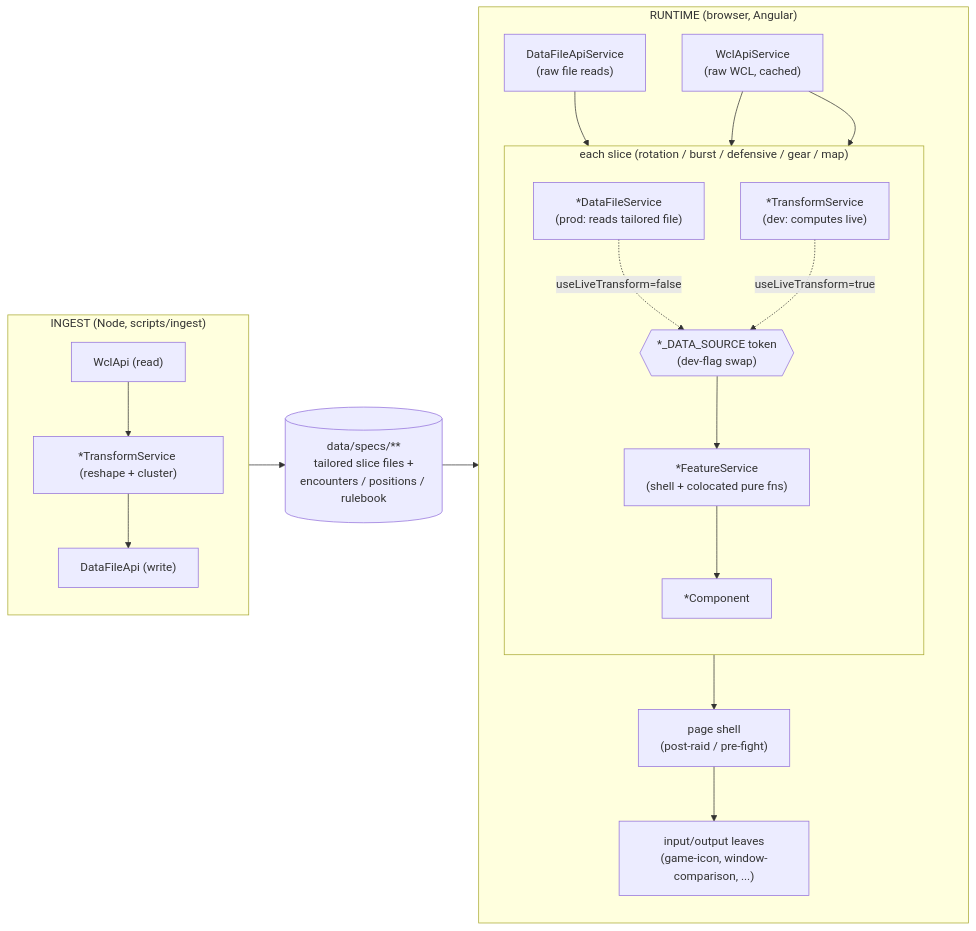
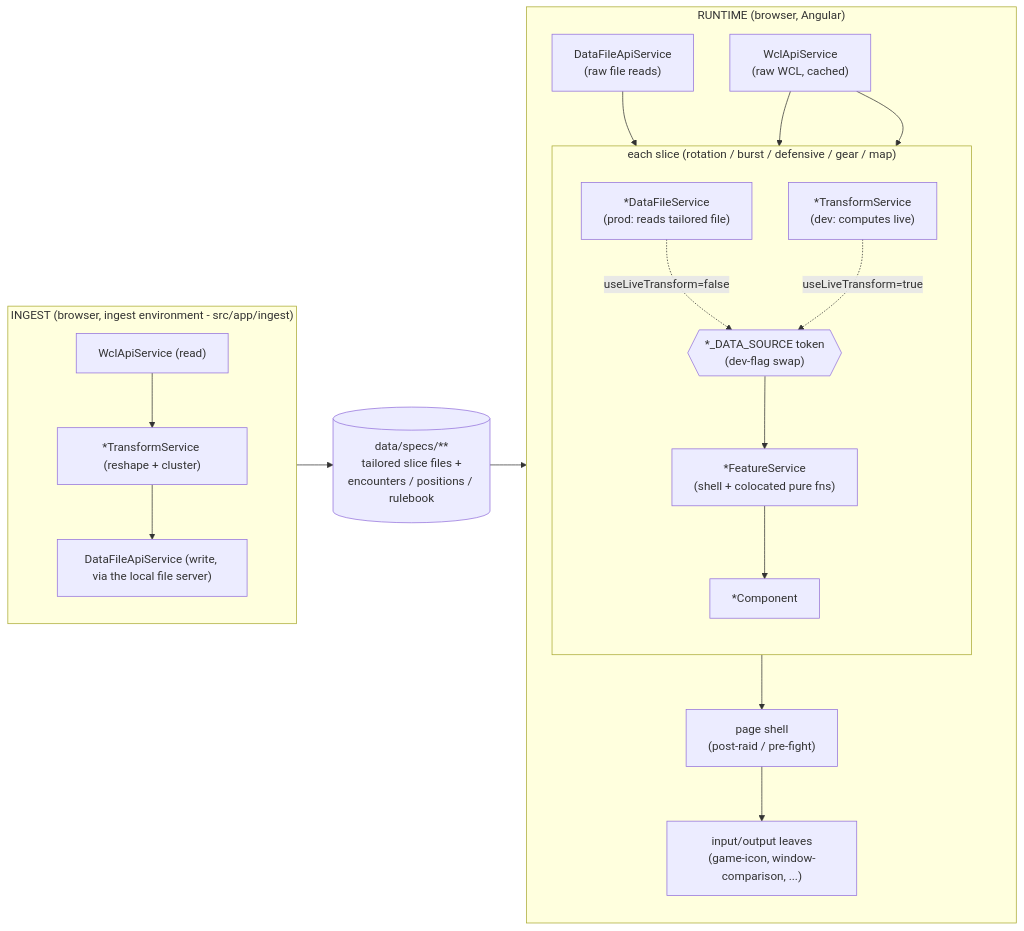
Before and after one commit to ZeroRinzler/parse-assistant: the diagram in .claude/skills/warcraft-architecture/SKILL.md, drawn with Mermaid. The commit also changed other lines of this file and 57 other files, not shown here.

First line of the commit message:
Unify ingestion into the Angular app: drop Apollo and the Node ingestion runtime (#193)

````diff
--- a/.claude/skills/warcraft-architecture/SKILL.md
+++ b/.claude/skills/warcraft-architecture/SKILL.md
@@ -48,37 +48,37 @@
 ```mermaid
 flowchart LR
-  subgraph Ingest["INGEST (Node, scripts/ingest)"]
+  subgraph Ingest["INGEST (browser, ingest environment - src/app/ingest)"]
     direction TB
-    IW["WclApi (read)"] --> IT["*TransformService (reshape + cluster)"]
-    IT --> ID["DataFileApi (write)"]
+    IW["WclApiService (read)"] --> IT["*TransformService (reshape + cluster)"]
+    IT --> ID["DataFileApiService (write, via the local file server)"]
   end
 
   ID --> DATA[("data/specs/**<br/>tailored slice files +<br/>encounters / positions / rulebook")]
 
   subgraph Runtime["RUNTIME (browser, Angular)"]
     direction TB
     WCL["WclApiService<br/>(raw WCL, cached)"]
     DFA["DataFileApiService<br/>(raw file reads)"]
 
     subgraph Slice["each slice (rotation / burst / defensive / gear / map)"]
       direction TB
       TOK{{"*_DATA_SOURCE token<br/>(dev-flag swap)"}}
       DFS["*DataFileService<br/>(prod: reads tailored file)"]
       TRS["*TransformService<br/>(dev: computes live)"]
       FS["*FeatureService<br/>(shell + colocated pure fns)"]
       CMP["*Component"]
       DFS -. "useLiveTransform=false" .-> TOK
       TRS -. "useLiveTransform=true" .-> TOK
       TOK --> FS
       FS --> CMP
     end
 
     DFA --> DFS
     WCL --> TRS
     WCL --> FS
     CMP --> PAGE["page shell<br/>(post-raid / pre-fight)"]
     PAGE --> LEAF["input/output leaves<br/>(game-icon, window-comparison, ...)"]
   end
 
   DATA --> DFA
 ```
````
